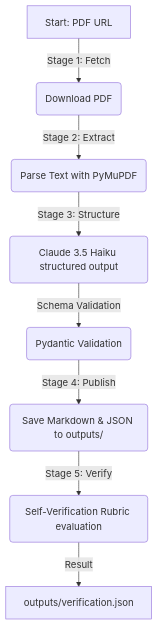
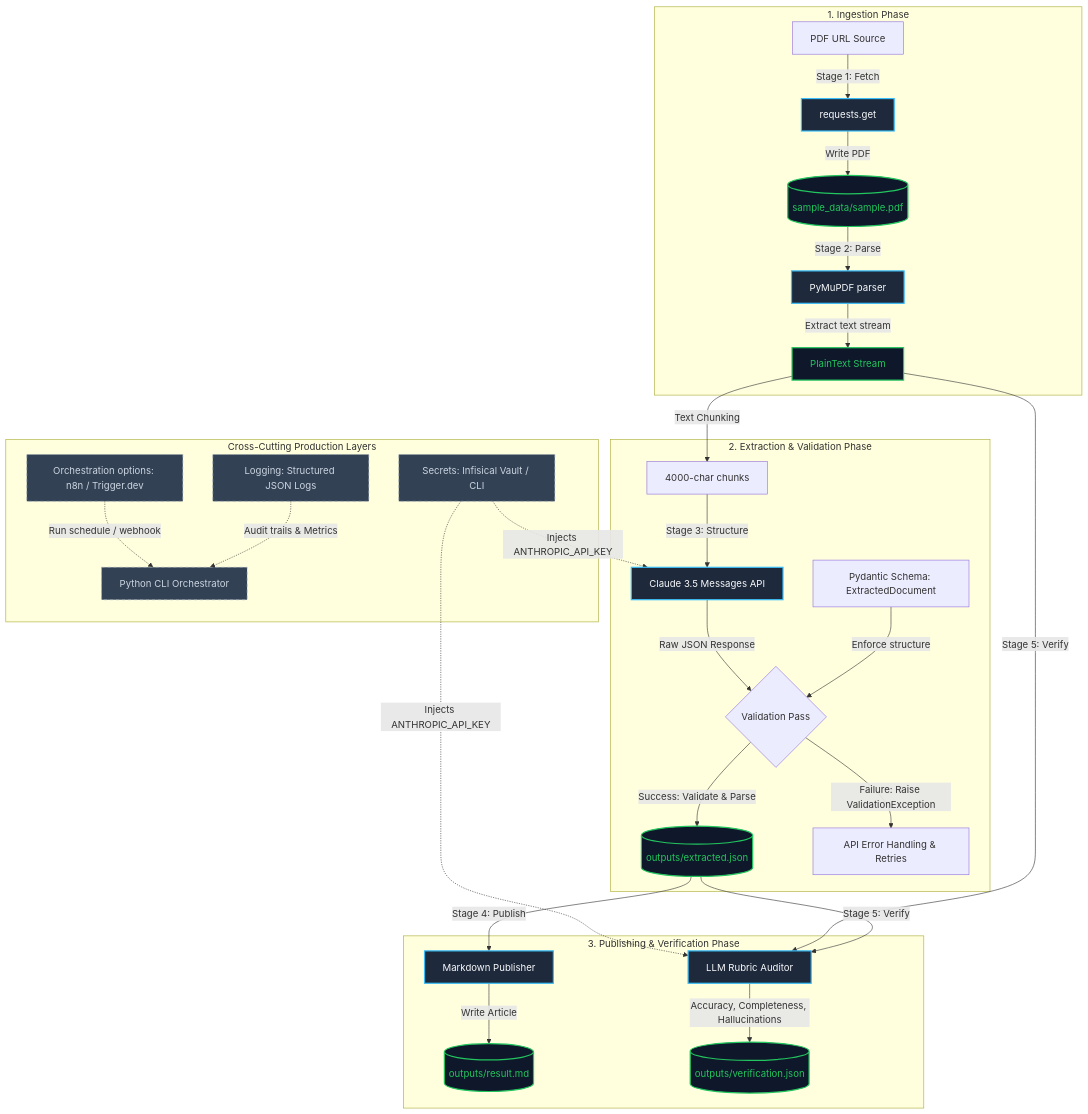
The diagram in README.md (suni608/document-intelligence-pipeline), drawn with Mermaid before and after one commit. The commit also changed other lines of this file, not shown here.

Commit message:
docs(readme): update readme with mermaid diagram, stage 3 details, and orchestrator comparison

````diff
--- a/README.md
+++ b/README.md
@@ -9,10 +11,46 @@
 ```mermaid
-graph TD
-    A[Start: PDF URL] -->|Stage 1: Fetch| B(Download PDF)
-    B -->|Stage 2: Extract| C(Parse Text with PyMuPDF)
-    C -->|Stage 3: Structure| D(Claude 3.5 Haiku structured output)
-    D -->|Schema Validation| E(Pydantic Validation)
-    E -->|Stage 4: Publish| F(Save Markdown & JSON to outputs/)
-    F -->|Stage 5: Verify| G(Self-Verification Rubric evaluation)
-    G -->|Result| H[outputs/verification.json]
+flowchart TD
+    %% Define Styles
+    classDef stageStyle fill:#1e293b,stroke:#38bdf8,stroke-width:2px,color:#f8fafc;
+    classDef crossStyle fill:#334155,stroke:#94a3b8,stroke-dasharray: 5 5,color:#cbd5e1;
+    classDef dataStyle fill:#0f172a,stroke:#22c55e,stroke-width:2px,color:#22c55e;
+    
+    %% Ingestion Pipeline
+    subgraph Ingestion["1. Ingestion Phase"]
+        A[PDF URL Source] -->|Stage 1: Fetch| B[requests.get]
+        B -->|Write PDF| C[(sample_data/sample.pdf)]
+        C -->|Stage 2: Parse| D[PyMuPDF parser]
+        D -->|Extract text stream| E[PlainText Stream]
+    end
+
+    %% Extraction & Validation
+    subgraph Core["2. Extraction & Validation Phase"]
+        E -->|Text Chunking| F[4000-char chunks]
+        F -->|Stage 3: Structure| G[Claude 3.5 Messages API]
+        H[Pydantic Schema: ExtractedDocument] -->|Enforce structure| I{Validation Pass}
+        G -->|Raw JSON Response| I
+        I -->|Success: Validate & Parse| J[(outputs/extracted.json)]
+        I -->|Failure: Raise ValidationException| K[API Error Handling & Retries]
+    end
+
+    %% Publishing & Verification
+    subgraph Outputs["3. Publishing & Verification Phase"]
+        J -->|Stage 4: Publish| L[Markdown Publisher]
+        L -->|Write Article| M[(outputs/result.md)]
+        
+        J & E -->|Stage 5: Verify| N[LLM Rubric Auditor]
+        N -->|Accuracy, Completeness, Hallucinations| O[(outputs/verification.json)]
+    end
+
+    %% Cross-Cutting Concerns
+    subgraph CrossCutting["Cross-Cutting Production Layers"]
+        P[Secrets: Infisical Vault / CLI] -.->|Injects ANTHROPIC_API_KEY| G & N
+        Q[Logging: Structured JSON Logs] -.->|Audit trails & Metrics| Main[Python CLI Orchestrator]
+        R[Orchestration options: n8n / Trigger.dev] -.->|Run schedule / webhook| Main
+    end
+
+    %% Apply Styles
+    class B,D,G,L,N stageStyle;
+    class P,Q,R,Main crossStyle;
+    class C,J,M,O,E dataStyle;
 ```
````
